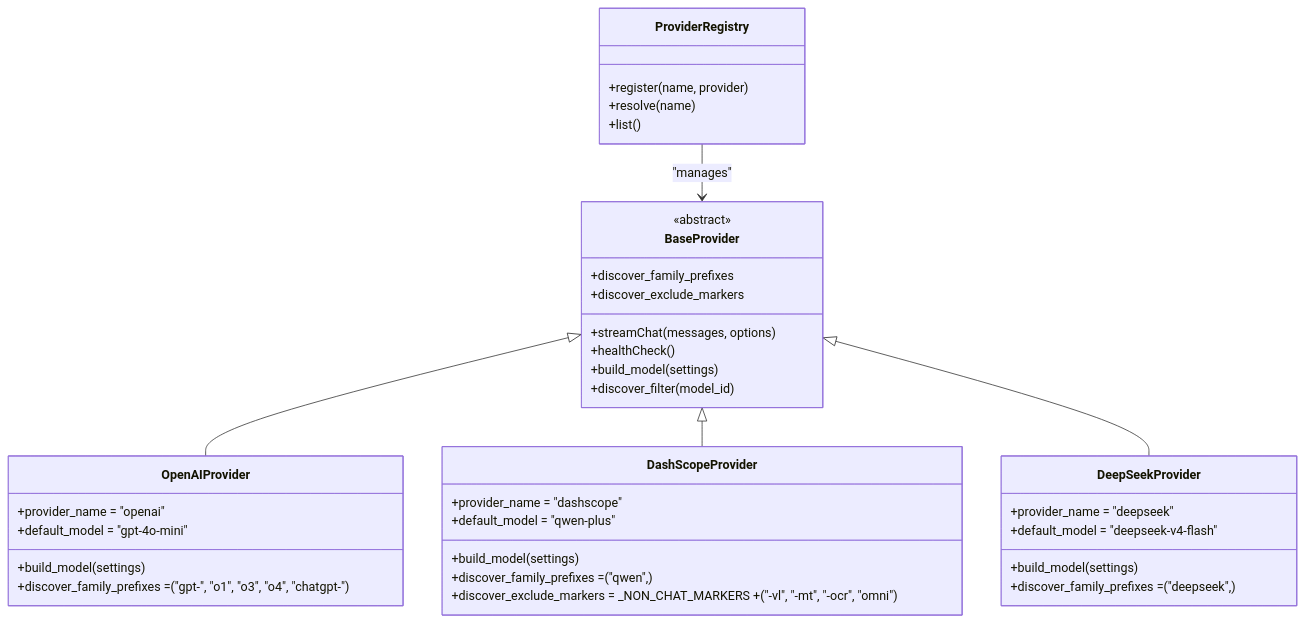
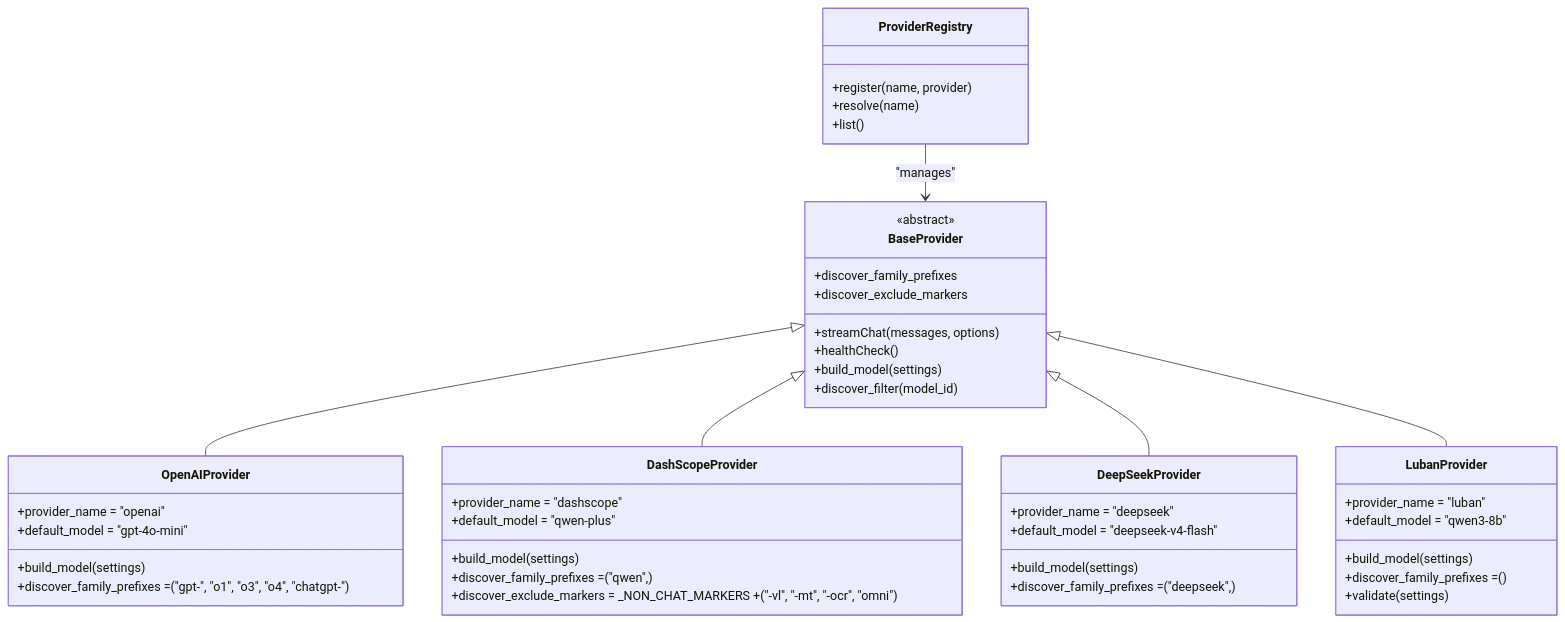
Before and after one commit to metasync/luban-aiops: the fourth of 27 diagrams in .qoder/repowiki/en/content/Agent Platform Service/Agent Platform Service.md, drawn with Mermaid. The commit also changed other lines of this file and 7 other files, not shown here.

````diff
--- a/.qoder/repowiki/en/content/Agent Platform Service/Agent Platform Service.md
+++ b/.qoder/repowiki/en/content/Agent Platform Service/Agent Platform Service.md
@@ -467,40 +472,48 @@
 ```mermaid
 classDiagram
 class BaseProvider {
 <<abstract>>
 +streamChat(messages, options)
 +healthCheck()
 +build_model(settings)
 +discover_filter(model_id)
 +discover_family_prefixes
 +discover_exclude_markers
 }
 class OpenAIProvider {
 +build_model(settings)
 +provider_name = "openai"
 +default_model = "gpt-4o-mini"
 +discover_family_prefixes = ("gpt-", "o1", "o3", "o4", "chatgpt-")
 }
 class DashScopeProvider {
 +build_model(settings)
 +provider_name = "dashscope"
 +default_model = "qwen-plus"
 +discover_family_prefixes = ("qwen",)
 +discover_exclude_markers = _NON_CHAT_MARKERS + ("-vl", "-mt", "-ocr", "omni")
 }
 class DeepSeekProvider {
 +build_model(settings)
 +provider_name = "deepseek"
 +default_model = "deepseek-v4-flash"
 +discover_family_prefixes = ("deepseek",)
 }
+class LubanProvider {
++build_model(settings)
++provider_name = "luban"
++default_model = "qwen3-8b"
++discover_family_prefixes = ()
++validate(settings)
+}
 class ProviderRegistry {
 +register(name, provider)
 +resolve(name)
 +list()
 }
 BaseProvider <|-- OpenAIProvider
 BaseProvider <|-- DashScopeProvider
 BaseProvider <|-- DeepSeekProvider
+BaseProvider <|-- LubanProvider
 ProviderRegistry --> BaseProvider : "manages"
 ```
````
